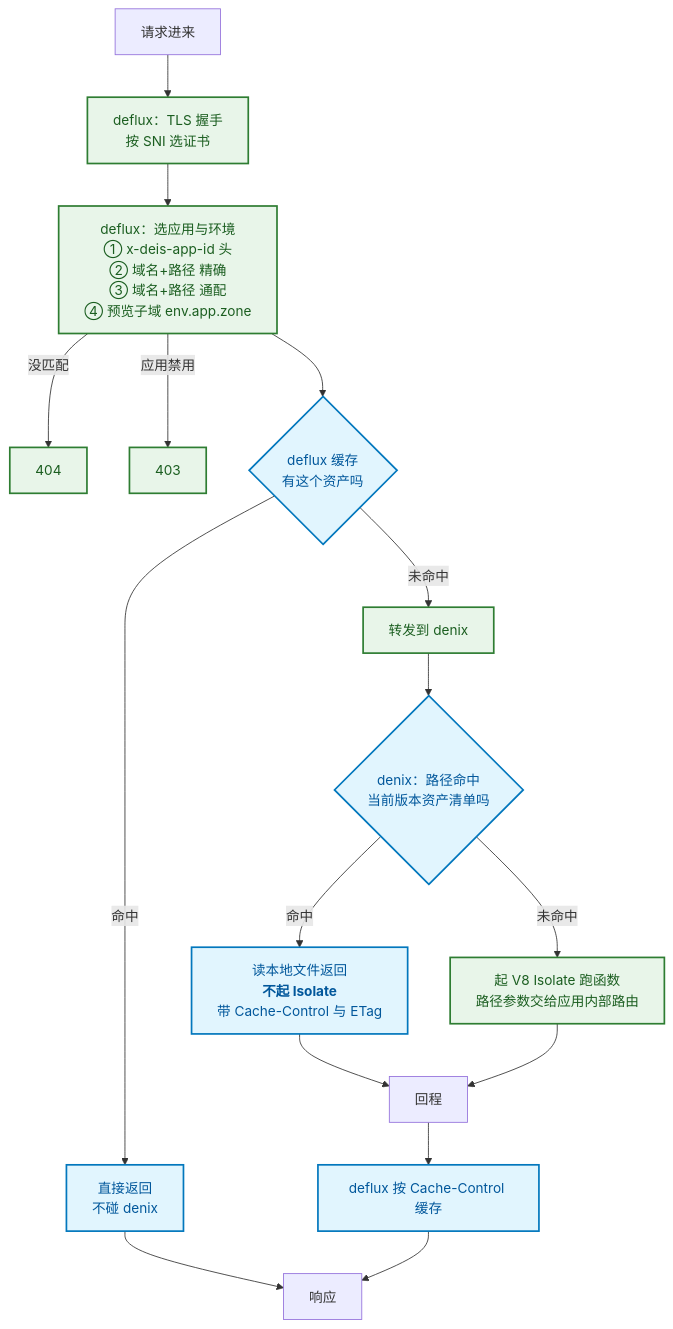
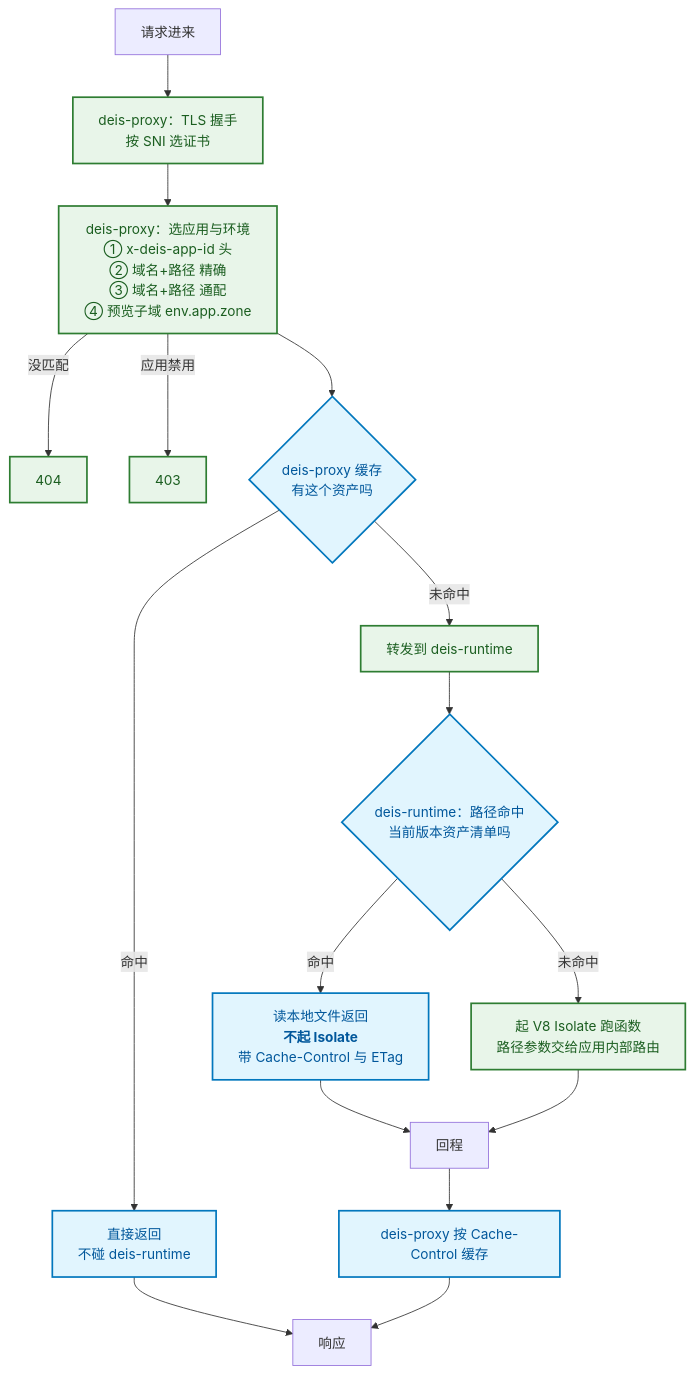
The fourth of 6 diagrams in docs/architecture.zh.md (deislet/deislet), drawn with Mermaid before and after one commit. The commit also changed other lines of this file and 591 other files, not shown here.

````diff
--- a/docs/architecture.zh.md
+++ b/docs/architecture.zh.md
@@ -253,23 +253,23 @@
 ```mermaid
 flowchart TB
-    req["请求进来"] --> tls["deflux：TLS 握手<br/>按 SNI 选证书"]
-    tls --> pick["deflux：选应用与环境<br/>① x-deis-app-id 头<br/>② 域名+路径 精确<br/>③ 域名+路径 通配<br/>④ 预览子域 env.app.zone"]
+    req["请求进来"] --> tls["deis-proxy：TLS 握手<br/>按 SNI 选证书"]
+    tls --> pick["deis-proxy：选应用与环境<br/>① x-deis-app-id 头<br/>② 域名+路径 精确<br/>③ 域名+路径 通配<br/>④ 预览子域 env.app.zone"]
     pick -->|没匹配| e404["404"]
     pick -->|应用禁用| e403["403"]
-    pick --> cache{"deflux 缓存<br/>有这个资产吗"}
-    cache -->|命中| hit["直接返回<br/>不碰 denix"]
-    cache -->|未命中| fwd["转发到 denix"]
-    fwd --> asset{"denix：路径命中<br/>当前版本资产清单吗"}
+    pick --> cache{"deis-proxy 缓存<br/>有这个资产吗"}
+    cache -->|命中| hit["直接返回<br/>不碰 deis-runtime"]
+    cache -->|未命中| fwd["转发到 deis-runtime"]
+    fwd --> asset{"deis-runtime：路径命中<br/>当前版本资产清单吗"}
     asset -->|命中| serve["读本地文件返回<br/><b>不起 Isolate</b><br/>带 Cache-Control 与 ETag"]
     asset -->|未命中| fn["起 V8 Isolate 跑函数<br/>路径参数交给应用内部路由"]
     serve --> back["回程"]
     fn --> back
-    back --> store["deflux 按 Cache-Control 缓存"]
+    back --> store["deis-proxy 按 Cache-Control 缓存"]
     hit --> done["响应"]
     store --> done
 
     classDef new fill:#e1f5fe,stroke:#0277bd,stroke-width:2px,color:#01579b
     classDef exist fill:#e8f5e9,stroke:#2e7d32,stroke-width:2px,color:#1b5e20
     class tls,pick,fwd,fn,e404,e403 exist
     class cache,asset,serve,hit,store new
 ```
````
